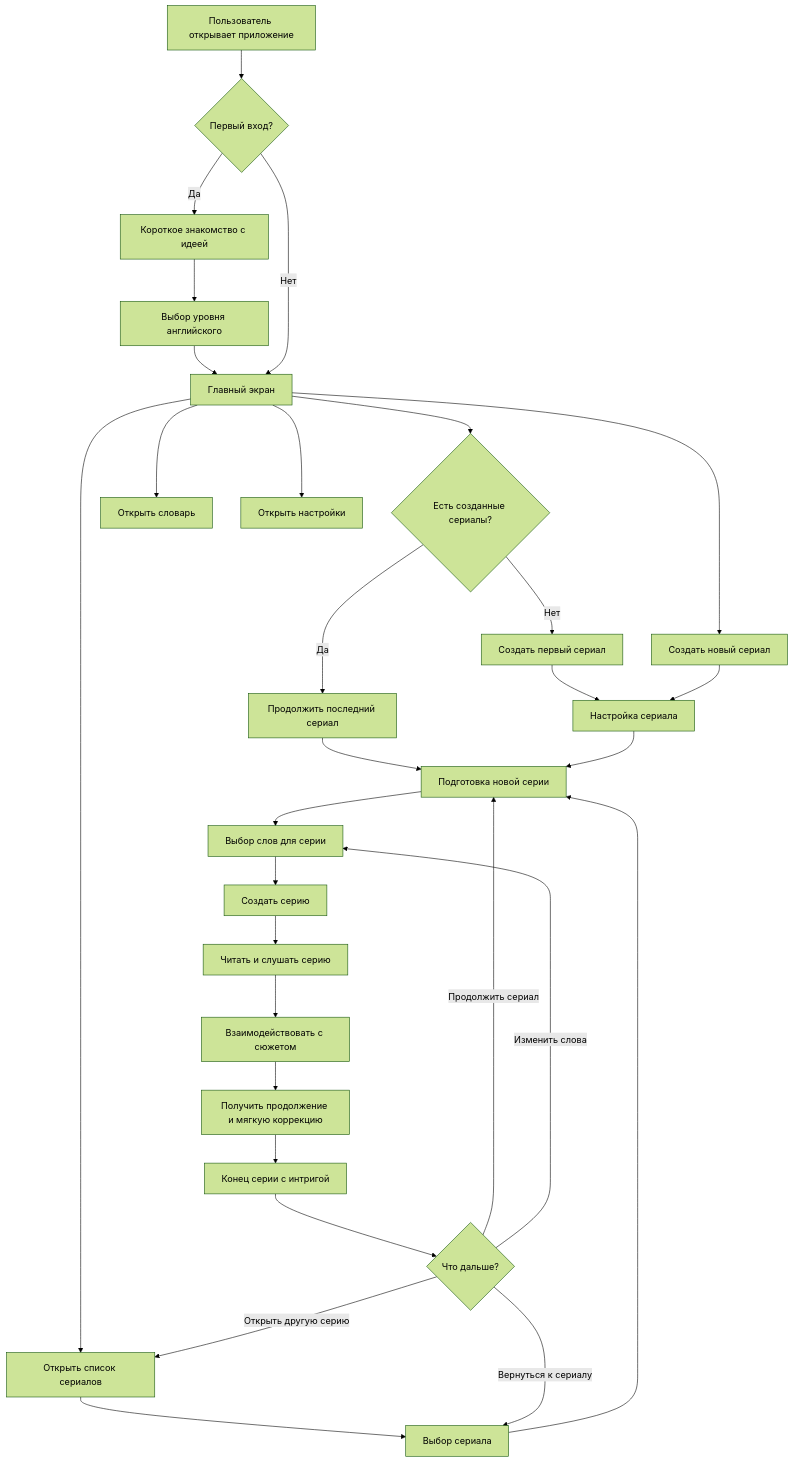
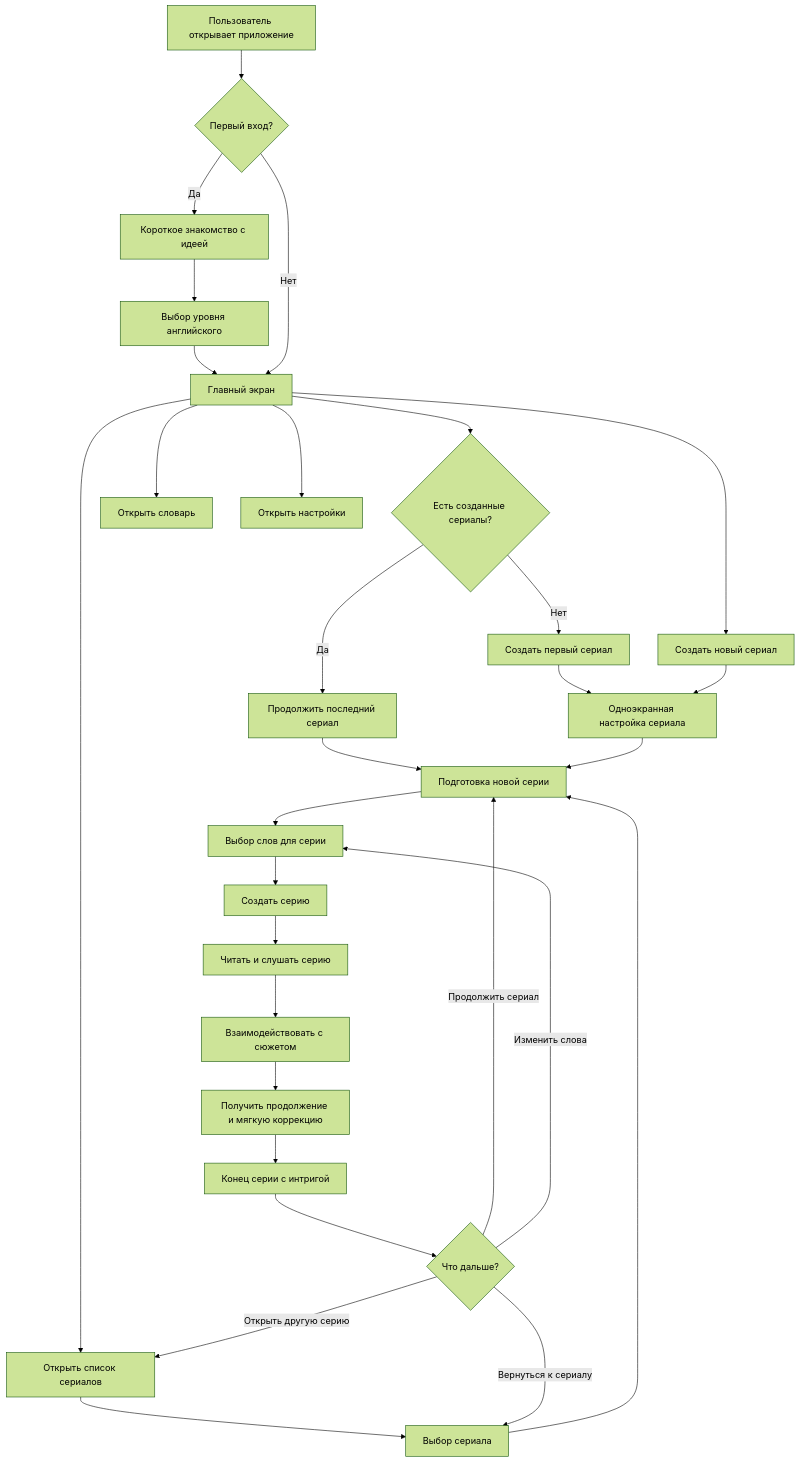
Before and after one commit to Gamshik/narrumi: the first of 10 diagrams in concept/user_flow_schema.md, drawn with Mermaid (forest theme). The commit also changed other lines of this file and 6 other files, not shown here.

````diff
--- a/concept/user_flow_schema.md
+++ b/concept/user_flow_schema.md
@@ -5,39 +5,39 @@
 ```mermaid
 flowchart TD
     A["Пользователь открывает приложение"] --> B{"Первый вход?"}
 
     B -- "Да" --> C["Короткое знакомство с идеей"]
     C --> D["Выбор уровня английского"]
     D --> E["Главный экран"]
 
     B -- "Нет" --> E
 
     E --> F{"Есть созданные сериалы?"}
     F -- "Нет" --> G["Создать первый сериал"]
     F -- "Да" --> H["Продолжить последний сериал"]
 
     E --> I["Создать новый сериал"]
     E --> J["Открыть список сериалов"]
     E --> K["Открыть словарь"]
     E --> L["Открыть настройки"]
 
-    G --> M["Настройка сериала"]
+    G --> M["Одноэкранная настройка сериала"]
     I --> M
     H --> N["Подготовка новой серии"]
     J --> O["Выбор сериала"]
     O --> N
 
     M --> N
     N --> P["Выбор слов для серии"]
     P --> Q["Создать серию"]
     Q --> R["Читать и слушать серию"]
     R --> S["Взаимодействовать с сюжетом"]
     S --> T["Получить продолжение и мягкую коррекцию"]
     T --> U["Конец серии с интригой"]
 
     U --> V{"Что дальше?"}
     V -- "Продолжить сериал" --> N
     V -- "Изменить слова" --> P
     V -- "Вернуться к сериалу" --> O
     V -- "Открыть другую серию" --> J
 ```
````
